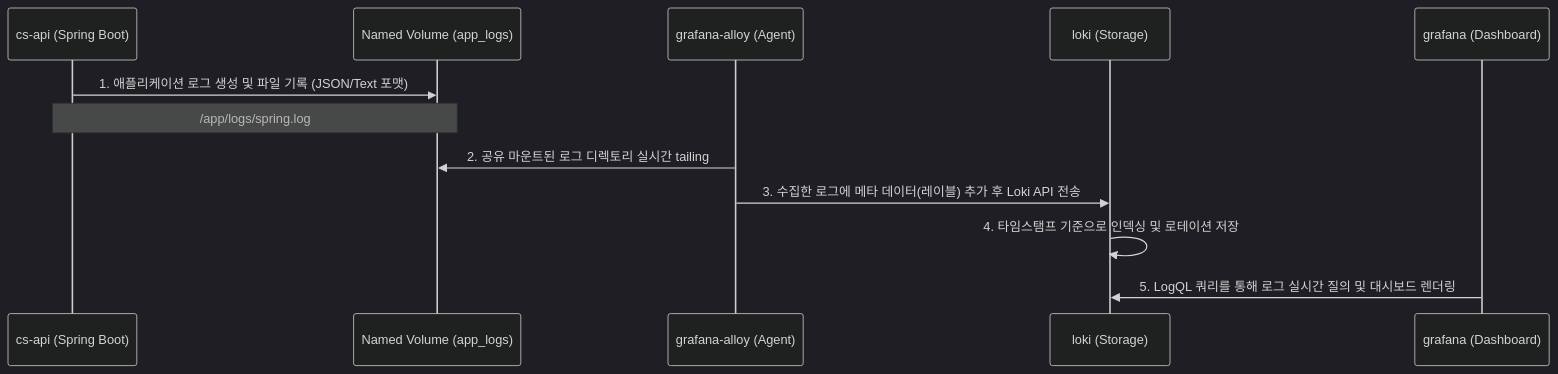
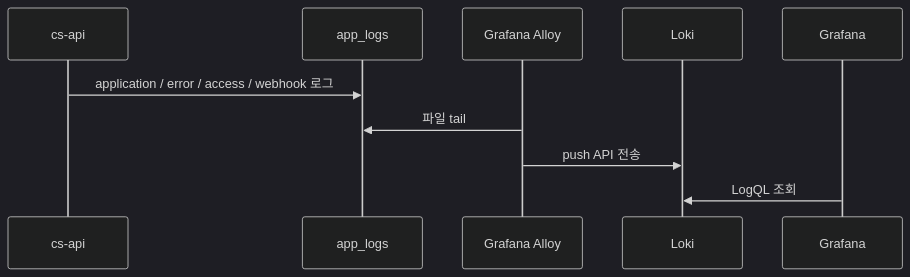
Before and after one commit to Yoonsik-Shin/cs-hub: the second of 2 diagrams in docs/docs/deployment-architecture.md, drawn with Mermaid (dark theme). The commit also changed other lines of this file and 3 other files, not shown here.

````diff
--- a/docs/docs/deployment-architecture.md
+++ b/docs/docs/deployment-architecture.md
@@ -87,15 +55,13 @@
 ```mermaid
 sequenceDiagram
-    participant API as cs-api (Spring Boot)
-    participant Vol as Named Volume (app_logs)
-    participant Alloy as grafana-alloy (Agent)
-    participant Loki as loki (Storage)
-    participant Grafana as grafana (Dashboard)
+    participant API as cs-api
+    participant Volume as app_logs
+    participant Alloy as Grafana Alloy
+    participant Loki as Loki
+    participant Grafana as Grafana
 
-    API->>Vol: 1. 애플리케이션 로그 생성 및 파일 기록 (JSON/Text 포맷)
-    Note over API,Vol: /app/logs/spring.log
-    Alloy->>Vol: 2. 공유 마운트된 로그 디렉토리 실시간 tailing
-    Alloy->>Loki: 3. 수집한 로그에 메타 데이터(레이블) 추가 후 Loki API 전송
-    Loki->>Loki: 4. 타임스탬프 기준으로 인덱싱 및 로테이션 저장
-    Grafana->>Loki: 5. LogQL 쿼리를 통해 로그 실시간 질의 및 대시보드 렌더링
+    API->>Volume: application / error / access / webhook 로그
+    Alloy->>Volume: 파일 tail
+    Alloy->>Loki: push API 전송
+    Grafana->>Loki: LogQL 조회
 ```
````
